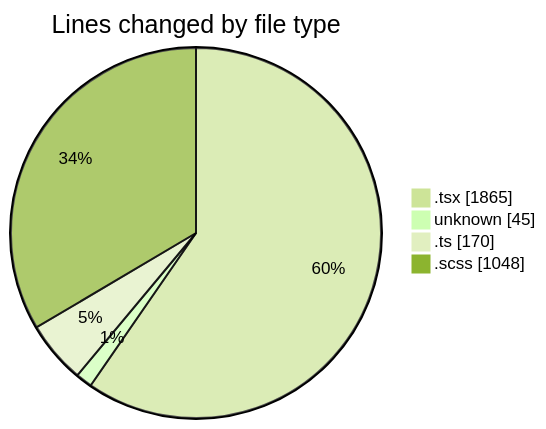
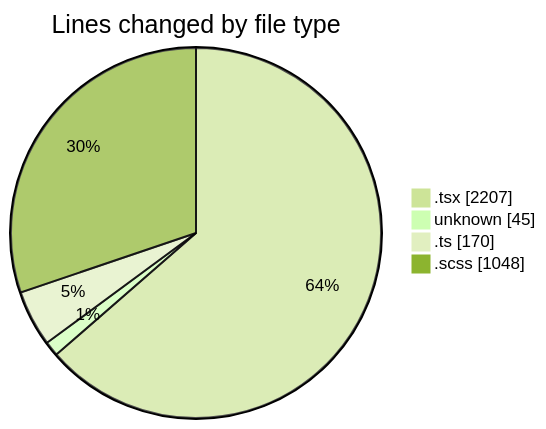
One commit to momahboobian/code-tracking changed the first of 2 diagrams in 2025-09-01/cda/README.md. Above: the diagram before and after it, drawn with Mermaid (forest theme). The commit also changed other lines of this file and 1 other file, not shown here.

````diff
--- a/2025-09-01/cda/README.md
+++ b/2025-09-01/cda/README.md
@@ -27,8 +27,8 @@
 ```mermaid
 pie showData
 title Lines changed by file type
-".tsx" : 1865
+".tsx" : 2207
 "unknown" : 45
 ".ts" : 170
 ".scss" : 1048
 ```
````
